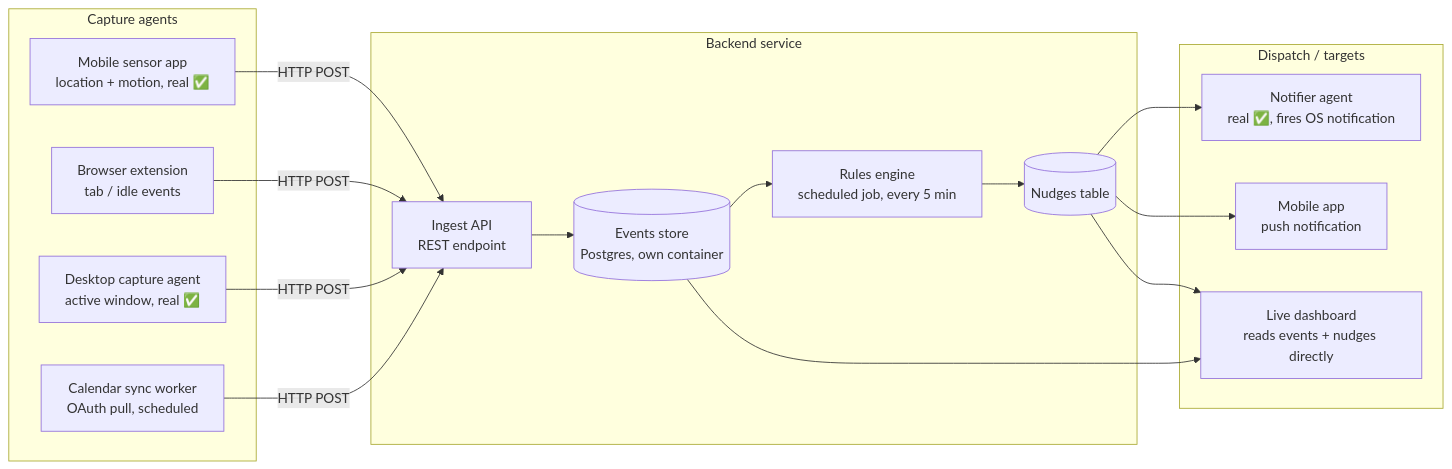
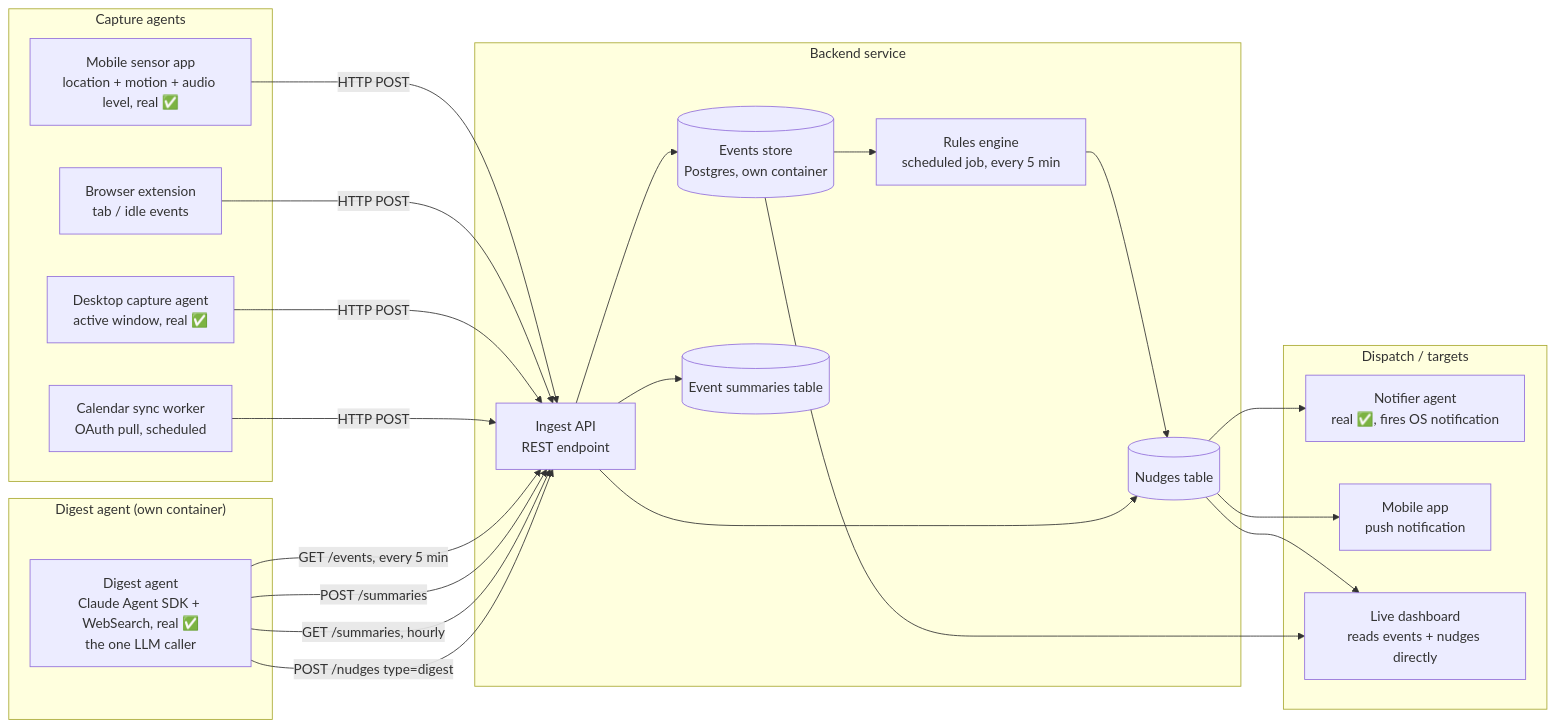
One commit to sgudavalli/deskemon changed the diagram in DESIGN.md. Above: the diagram before and after it, drawn with Mermaid. The commit also changed other lines of this file and 19 other files, not shown here.

````diff
--- a/DESIGN.md
+++ b/DESIGN.md
@@ -55,34 +55,45 @@
 ```mermaid
 flowchart LR
     subgraph Capture agents
-        A1[Mobile sensor app<br/>location + motion, real ✅]
+        A1[Mobile sensor app<br/>location + motion + audio level, real ✅]
         A2[Browser extension<br/>tab / idle events]
         A3[Desktop capture agent<br/>active window, real ✅]
         A4[Calendar sync worker<br/>OAuth pull, scheduled]
     end
 
     subgraph Backend service
         API[Ingest API<br/>REST endpoint]
         DB[(Events store<br/>Postgres, own container)]
         RULES[Rules engine<br/>scheduled job, every 5 min]
         NUDGES[(Nudges table)]
+        SUMMARIES[(Event summaries table)]
+    end
+
+    subgraph "Digest agent (own container)"
+        DIGEST[Digest agent<br/>Claude Agent SDK + WebSearch, real ✅<br/>the one LLM caller]
     end
 
     subgraph Dispatch / targets
         D1[Notifier agent<br/>real ✅, fires OS notification]
         D2[Mobile app<br/>push notification]
         D3[Live dashboard<br/>reads events + nudges directly]
     end
 
     A1 -->|HTTP POST| API
     A2 -->|HTTP POST| API
     A3 -->|HTTP POST| API
     A4 -->|HTTP POST| API
     API --> DB
     DB --> RULES
     RULES --> NUDGES
+    DIGEST -->|GET /events, every 5 min| API
+    DIGEST -->|POST /summaries| API
+    API --> SUMMARIES
+    DIGEST -->|GET /summaries, hourly| API
+    DIGEST -->|POST /nudges type=digest| API
+    API --> NUDGES
     NUDGES --> D1
     NUDGES --> D2
     NUDGES --> D3
     DB --> D3
 ```
````
